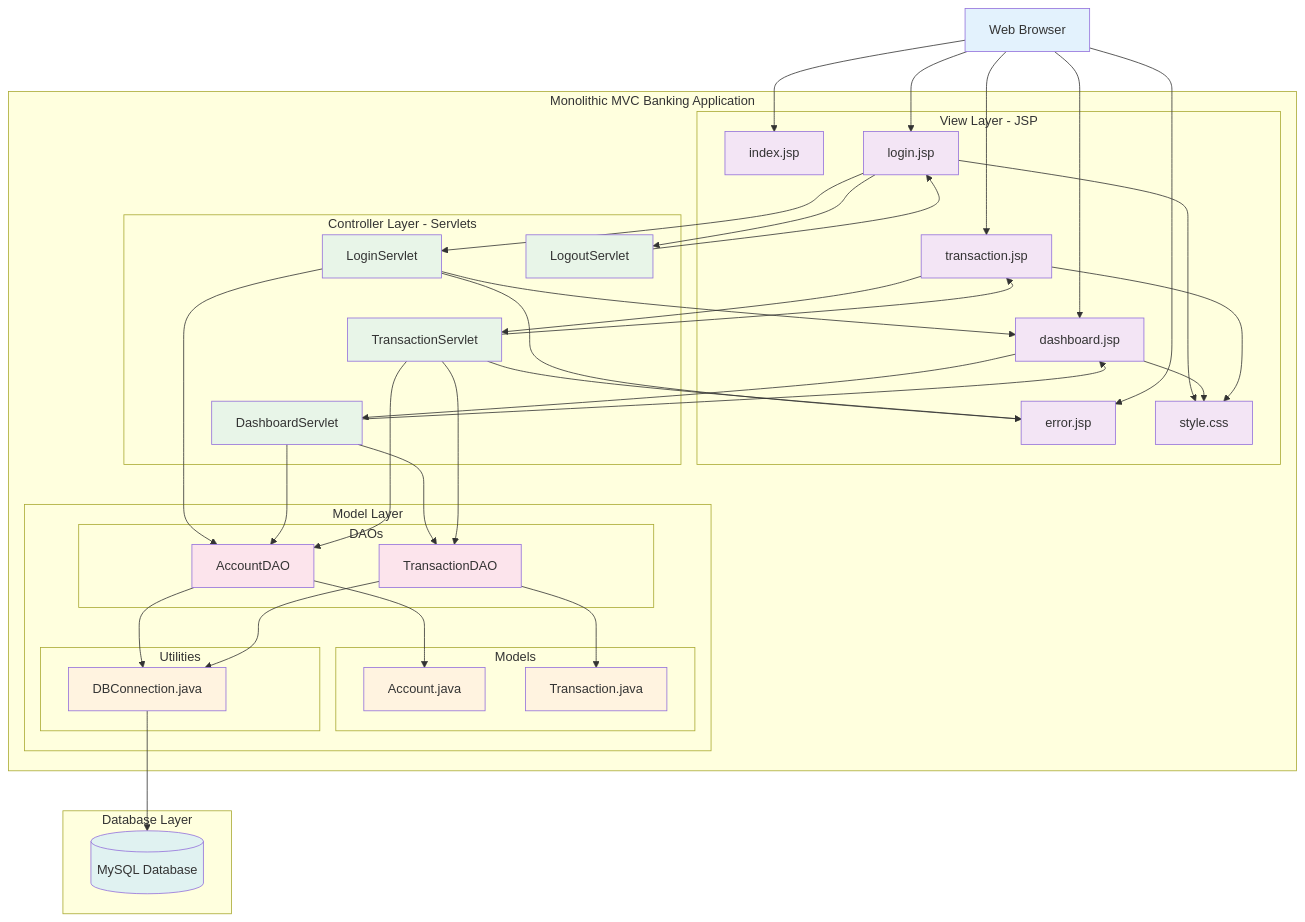
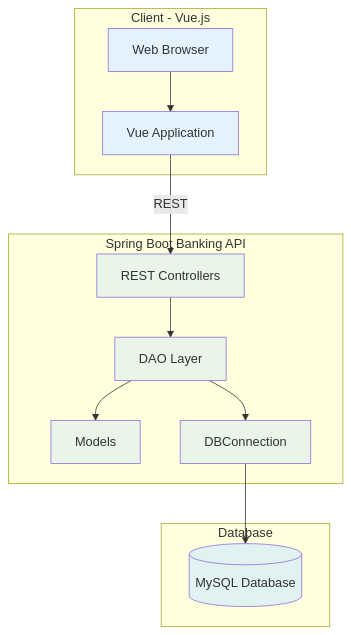
The diagram in README.md (RICH0423/banking-app), drawn with Mermaid before and after one commit. The commit also changed other lines of this file and 13 other files, not shown here.

Commit message:
Refactor app to Spring Boot and Vue

````diff
--- a/README.md
+++ b/README.md
@@ -8,107 +8,33 @@
 ```mermaid
 graph TB
-    %% Client Layer
-    Browser[Web Browser]
-    
-    %% Monolithic MVC Application
-    subgraph "Monolithic MVC Banking Application"
-        %% View Layer (JSP)
-        subgraph "View Layer - JSP"
-            INDEX[index.jsp]
-            LOGIN[login.jsp]
-            DASH[dashboard.jsp]
-            TRANS[transaction.jsp]
-            ERROR[error.jsp]
-            CSS[style.css]
-        end
-        
-        %% Controller Layer (Servlets)
-        subgraph "Controller Layer - Servlets"
-            LS[LoginServlet]
-            DS[DashboardServlet]
-            TS[TransactionServlet]
-            LOS[LogoutServlet]
-        end
-        
-        %% Model Layer
-        subgraph "Model Layer"
-            subgraph "DAOs"
-                ADAO[AccountDAO]
-                TDAO[TransactionDAO]
-            end
-            
-            subgraph "Models"
-                ACC[Account.java]
-                TRN[Transaction.java]
-            end
-            
-            subgraph "Utilities"
-                DBC[DBConnection.java]
-            end
-        end
+    subgraph "Client - Vue.js"
+        Browser[Web Browser]
+        Vue[Vue Application]
+        Browser --> Vue
     end
-    
-    %% Database Layer
-    subgraph "Database Layer"
+
+    subgraph "Spring Boot Banking API"
+        Controller[REST Controllers]
+        DAO[DAO Layer]
+        Models[Models]
+        Util[DBConnection]
+    end
+
+    subgraph "Database"
         MySQL[(MySQL Database)]
     end
-    
-    %% Request Flow
-    Browser --> INDEX
-    Browser --> LOGIN
-    Browser --> DASH
-    Browser --> TRANS
-    Browser --> ERROR
-    
-    %% Static Resources
-    LOGIN --> CSS
-    DASH --> CSS
-    TRANS --> CSS
-    
-    %% JSP to Servlets
-    LOGIN --> LS
-    DASH --> DS
-    TRANS --> TS
-    LOGIN --> LOS
-    
-    %% Servlet Response to JSP
-    LS --> DASH
-    LS --> ERROR
-    DS --> DASH
-    TS --> TRANS
-    TS --> ERROR
-    LOS --> LOGIN
-    
-    %% Servlets to DAOs
-    LS --> ADAO
-    DS --> ADAO
-    DS --> TDAO
-    TS --> ADAO
-    TS --> TDAO
-    
-    %% DAOs use Models
-    ADAO --> ACC
-    TDAO --> TRN
-    
-    %% DAOs use DB Connection
-    ADAO --> DBC
-    TDAO --> DBC
-    
-    %% DB Connection to MySQL
-    DBC --> MySQL
-    
-    %% Styling
+
+    Vue -- REST --> Controller
+    Controller --> DAO
+    DAO --> Models
+    DAO --> Util
+    Util --> MySQL
+
     classDef client fill:#e3f2fd
-    classDef view fill:#f3e5f5
-    classDef controller fill:#e8f5e8
-    classDef model fill:#fff3e0
-    classDef dao fill:#fce4ec
+    classDef backend fill:#e8f5e8
     classDef database fill:#e0f2f1
-    
-    class Browser client
-    class INDEX,LOGIN,DASH,TRANS,ERROR,CSS view
-    class LS,DS,TS,LOS controller
-    class ACC,TRN,DBC model
-    class ADAO,TDAO dao
+
+    class Browser,Vue client
+    class Controller,DAO,Models,Util backend
     class MySQL database
 ```
````
